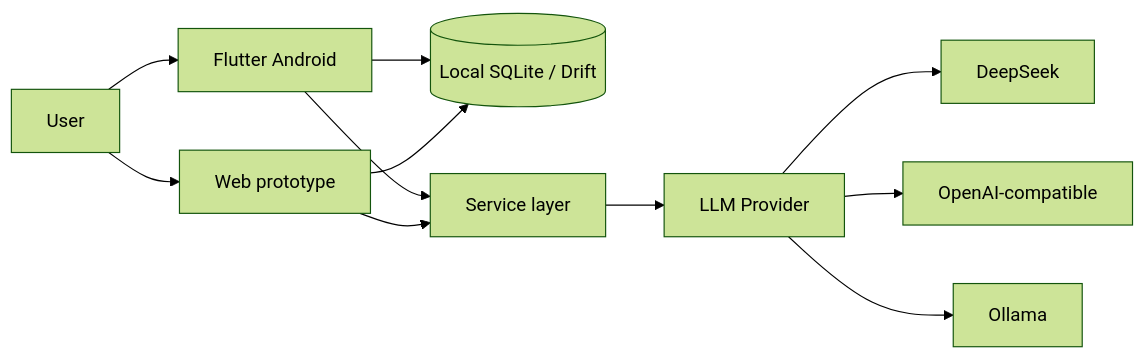
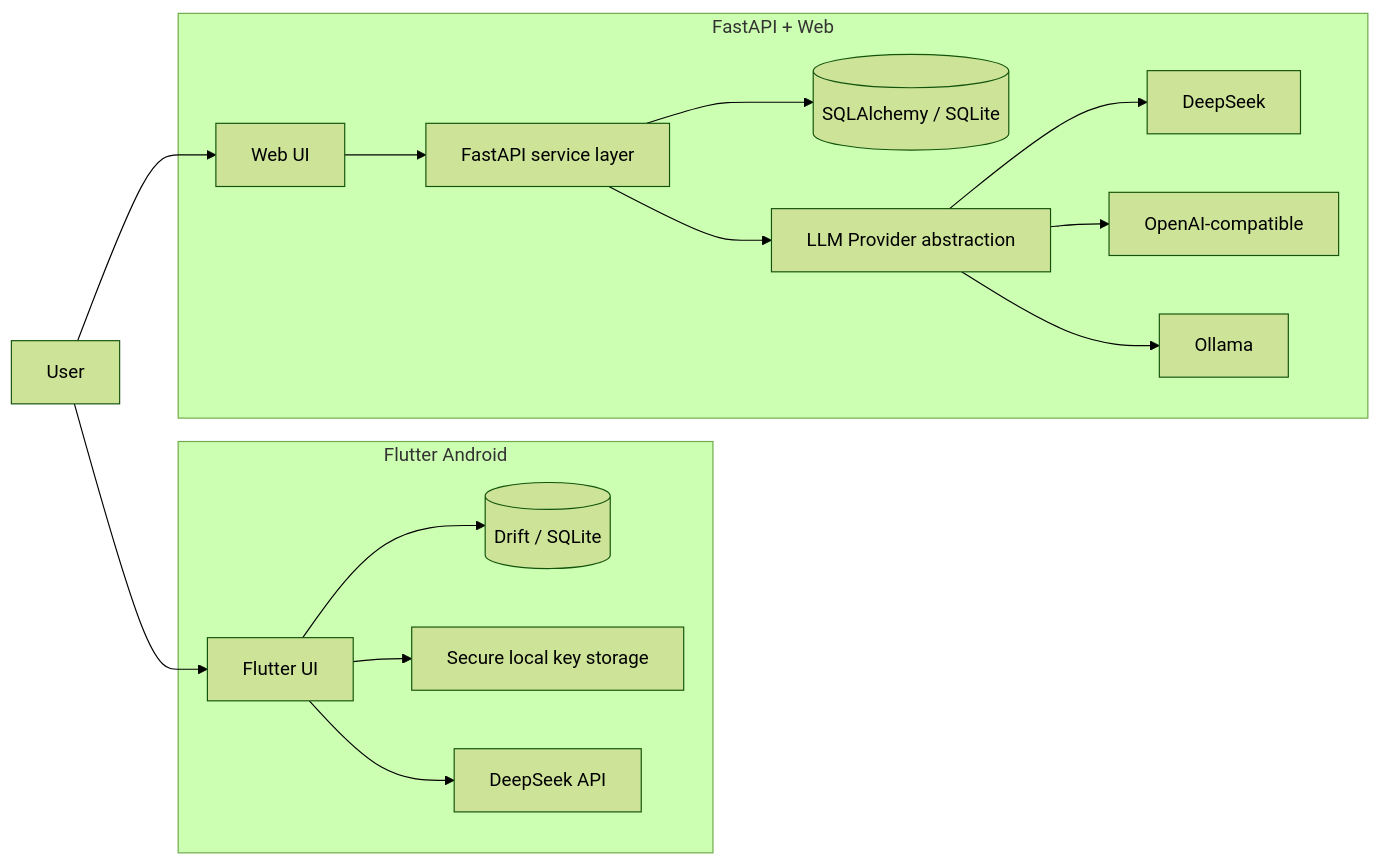
One commit to joker01-01/night-notes changed the diagram in README.md. Above: the diagram before and after it, drawn with Mermaid (forest theme). The commit also changed other lines of this file, not shown here.

````diff
--- a/README.md
+++ b/README.md
@@ -50,23 +55,33 @@
 ```mermaid
 flowchart LR
   user[User]
-  flutter[Flutter Android]
-  web[Web prototype]
-  local[(Local SQLite / Drift)]
-  svc[Service layer]
-  llm[LLM Provider]
-  ds[DeepSeek]
-  oai[OpenAI-compatible]
-  oll[Ollama]
+
+  subgraph mobile[Flutter Android]
+    flutter[Flutter UI]
+    drift[(Drift / SQLite)]
+    secure[Secure local key storage]
+    ds[DeepSeek API]
+    flutter --> drift
+    flutter --> secure
+    flutter --> ds
+  end
+
+  subgraph webstack[FastAPI + Web]
+    web[Web UI]
+    api[FastAPI service layer]
+    sql[(SQLAlchemy / SQLite)]
+    provider[LLM Provider abstraction]
+    d2[DeepSeek]
+    oai[OpenAI-compatible]
+    oll[Ollama]
+    web --> api
+    api --> sql
+    api --> provider
+    provider --> d2
+    provider --> oai
+    provider --> oll
+  end
 
   user --> flutter
   user --> web
-  flutter --> local
-  web --> local
-  flutter --> svc
-  web --> svc
-  svc --> llm
-  llm --> ds
-  llm --> oai
-  llm --> oll
 ```
````
